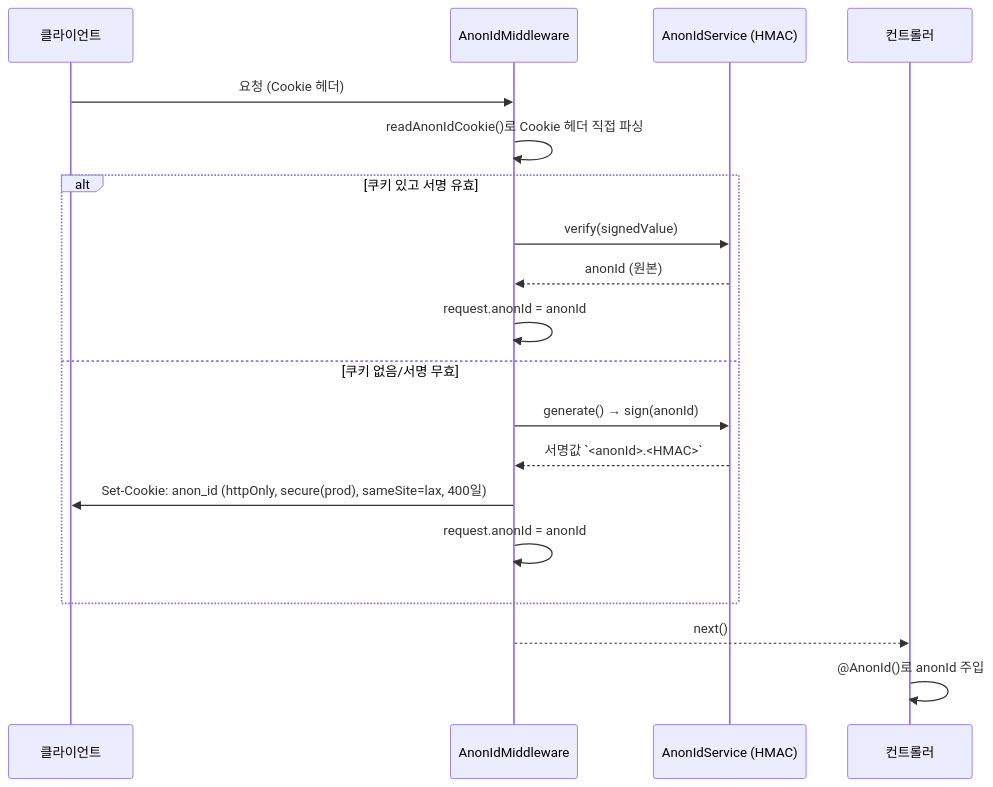
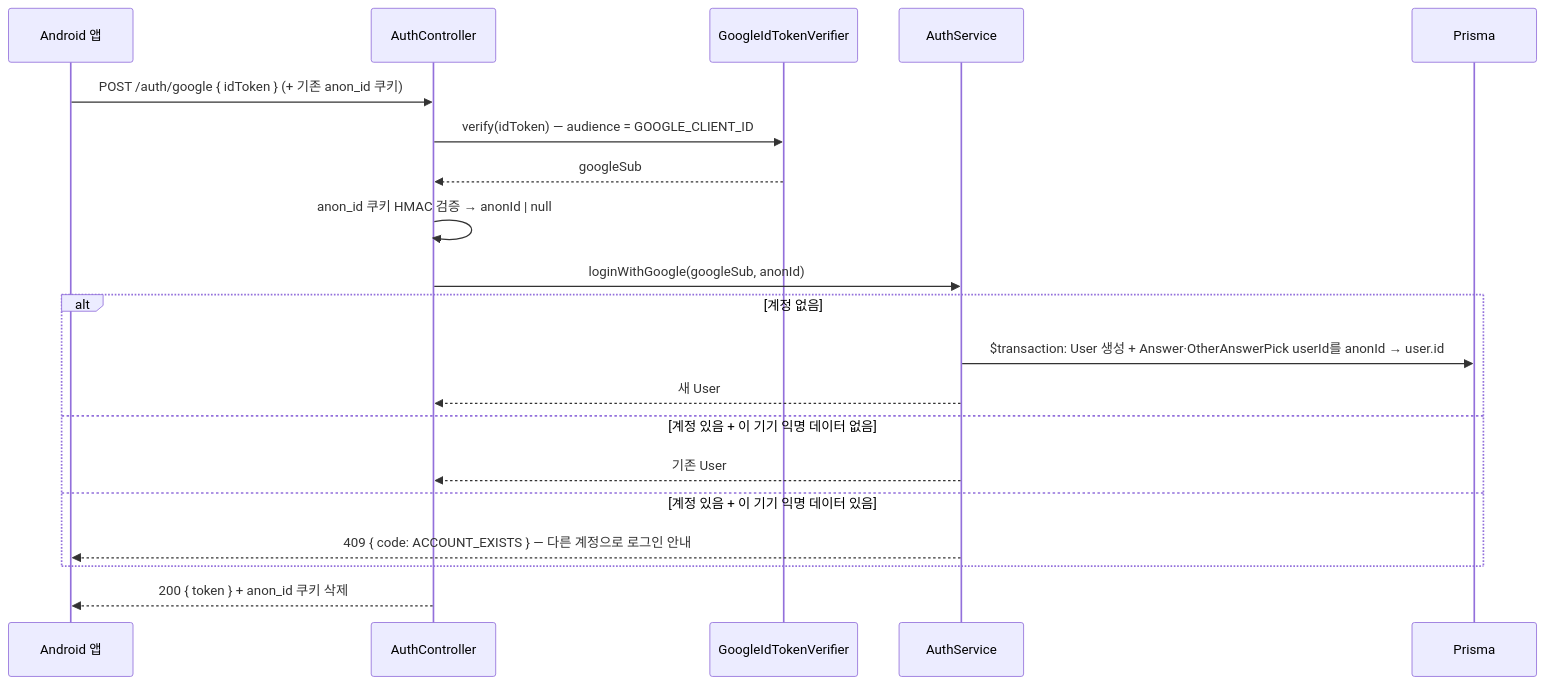
The first of 4 diagrams in README.md (side-project01/haru-hana-backend), drawn with Mermaid before and after one commit. The commit also changed other lines of this file and 49 other files, not shown here.

First line of the commit message:
feat: Google 로그인을 필수로 하고 첫 로그인 때 익명 데이터를 계정으로 옮긴다

````diff
--- a/README.md
+++ b/README.md
@@ -60,22 +60,23 @@
 ```mermaid
 sequenceDiagram
-    participant C as 클라이언트
-    participant M as AnonIdMiddleware
-    participant S as AnonIdService (HMAC)
-    participant Ctrl as 컨트롤러
+    participant A as Android 앱
+    participant Ctrl as AuthController
+    participant G as GoogleIdTokenVerifier
+    participant Svc as AuthService
+    participant DB as Prisma
 
-    C->>M: 요청 (Cookie 헤더)
-    M->>M: readAnonIdCookie()로 Cookie 헤더 직접 파싱
-    alt 쿠키 있고 서명 유효
-        M->>S: verify(signedValue)
-        S-->>M: anonId (원본)
-        M->>M: request.anonId = anonId
-    else 쿠키 없음/서명 무효
-        M->>S: generate() → sign(anonId)
-        S-->>M: 서명값 `<anonId>.<HMAC>`
-        M->>C: Set-Cookie: anon_id (httpOnly, secure(prod), sameSite=lax, 400일)
-        M->>M: request.anonId = anonId
+    A->>Ctrl: POST /auth/google { idToken } (+ 기존 anon_id 쿠키)
+    Ctrl->>G: verify(idToken) — audience = GOOGLE_CLIENT_ID
+    G-->>Ctrl: googleSub
+    Ctrl->>Ctrl: anon_id 쿠키 HMAC 검증 → anonId | null
+    Ctrl->>Svc: loginWithGoogle(googleSub, anonId)
+    alt 계정 없음
+        Svc->>DB: $transaction: User 생성 + Answer·OtherAnswerPick userId를 anonId → user.id
+        Svc-->>Ctrl: 새 User
+    else 계정 있음 + 이 기기 익명 데이터 없음
+        Svc-->>Ctrl: 기존 User
+    else 계정 있음 + 이 기기 익명 데이터 있음
+        Svc-->>A: 409 { code: ACCOUNT_EXISTS } — 다른 계정으로 로그인 안내
     end
-    M-->>Ctrl: next()
-    Ctrl->>Ctrl: @AnonId()로 anonId 주입
+    Ctrl-->>A: 200 { token } + anon_id 쿠키 삭제
 ```
````
